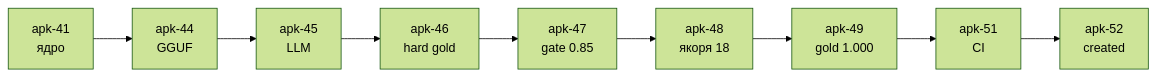
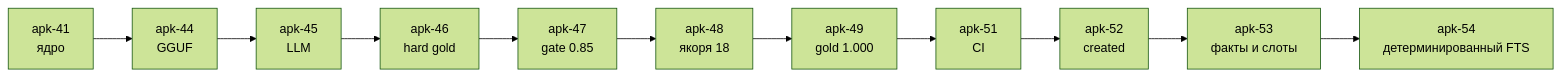
Before and after one commit to fakingpescobar-ctrl/opencode-mobile: the second of 6 diagrams in README.md, drawn with Mermaid (forest theme). The commit also changed other lines of this file and 4 other files, not shown here.

Commit message:
docs: apk-54, временны́е факты и детерминированный FTS [skip ci]

````diff
--- a/README.md
+++ b/README.md
@@ -96,11 +99,13 @@
 ```mermaid
 flowchart LR
     A["apk-41<br/>ядро"] --> B["apk-44<br/>GGUF"]
     B --> C["apk-45<br/>LLM"]
     C --> D["apk-46<br/>hard gold"]
     D --> E["apk-47<br/>gate 0.85"]
     E --> F["apk-48<br/>якоря 18"]
     F --> G["apk-49<br/>gold 1.000"]
     G --> H["apk-51<br/>CI"]
     H --> I["apk-52<br/>created"]
+    I --> J["apk-53<br/>факты и слоты"]
+    J --> K["apk-54<br/>детерминированный FTS"]
 ```
````
